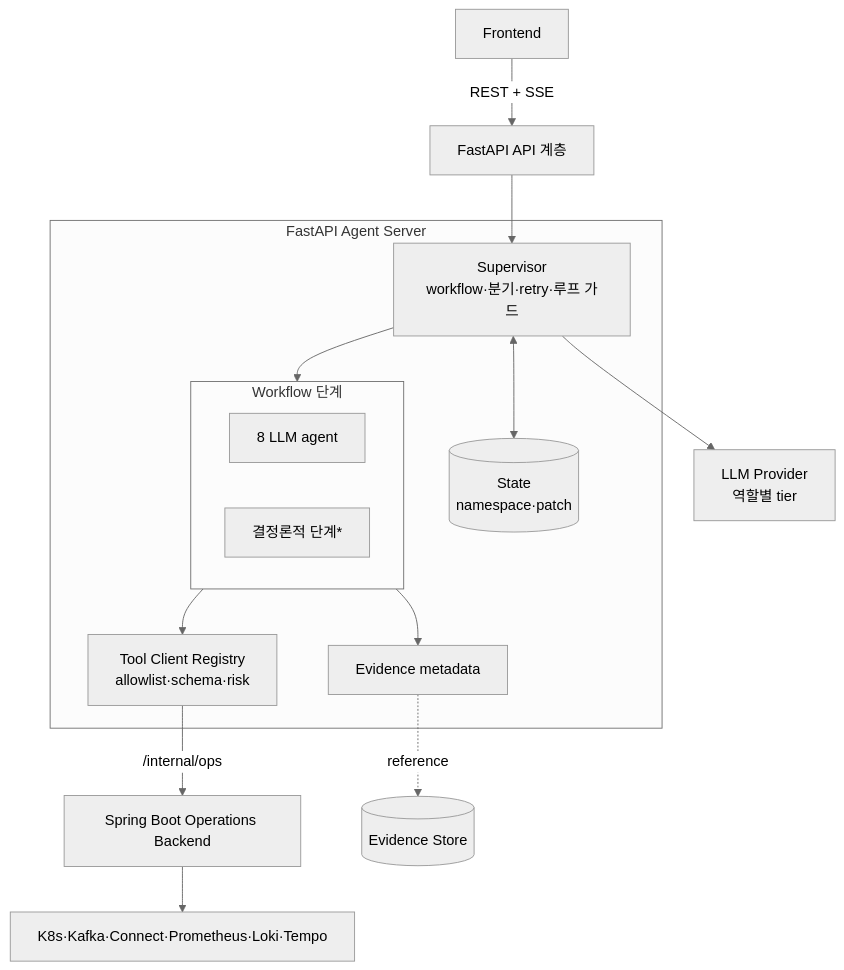
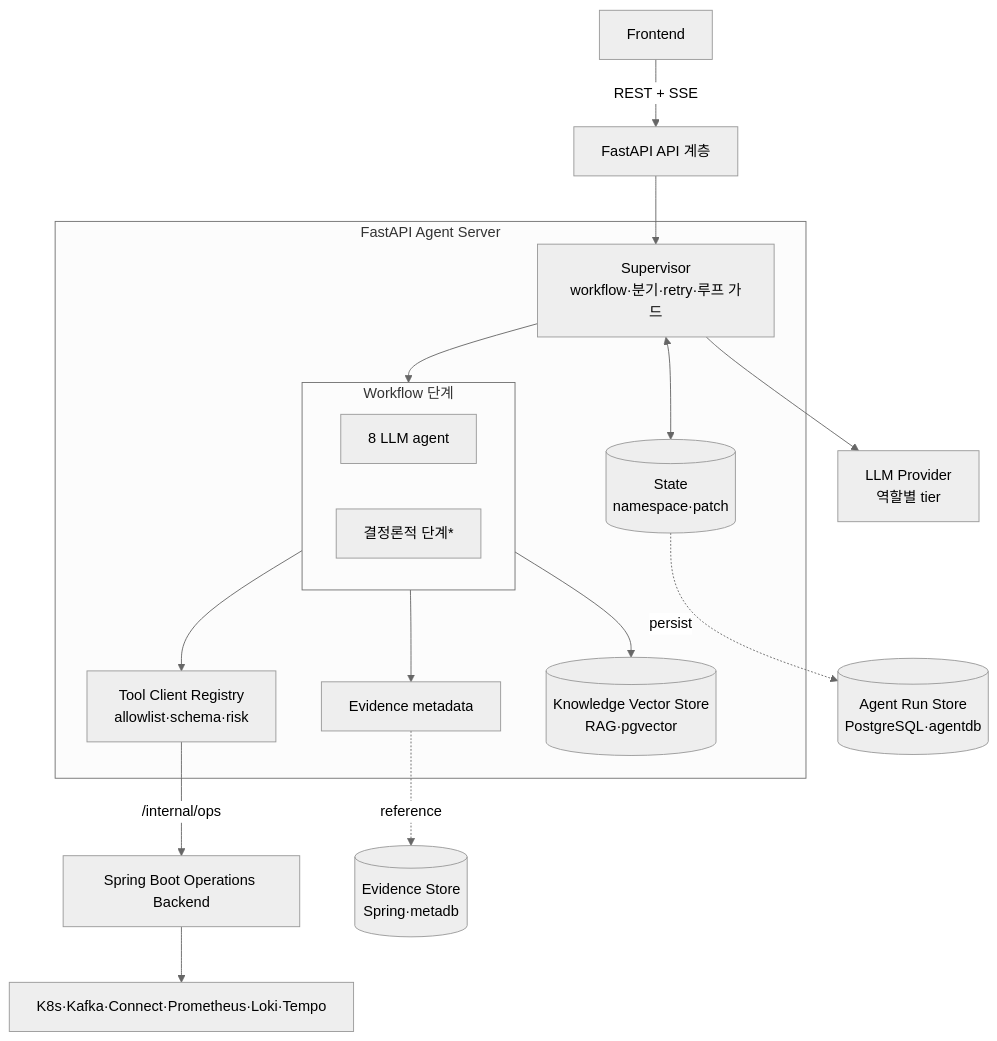
One commit to cloud-team2/bifrost changed the first of 5 diagrams in docs/design/backend-fastapi.md. Above: the diagram before and after it, drawn with Mermaid (neutral theme). The commit also changed other lines of this file and 2 other files, not shown here.

Commit message:
#36 [docs] FastAPI 영속성 데이터모델 추가(Agent Run Store + RAG 벡터 스토어)

````diff
--- a/docs/design/backend-fastapi.md
+++ b/docs/design/backend-fastapi.md
@@ -11,22 +11,24 @@
 ```mermaid
 flowchart TB
     FE[Frontend] -->|REST + SSE| API[FastAPI API 계층]
     API --> SUP
 
     subgraph AGENT[FastAPI Agent Server]
       SUP[Supervisor<br/>workflow·분기·retry·루프 가드] --> WF
       subgraph WF[Workflow 단계]
         direction LR
         L[8 LLM agent]
         D[결정론적 단계*]
       end
       SUP <--> ST[(State<br/>namespace·patch)]
       WF --> REG[Tool Client Registry<br/>allowlist·schema·risk]
       WF --> EV[Evidence metadata]
+      WF --> VEC[(Knowledge Vector Store<br/>RAG·pgvector)]
     end
 
     REG -->|/internal/ops| SB[Spring Boot Operations Backend]
     SB --> RT[K8s·Kafka·Connect·Prometheus·Loki·Tempo]
-    EV -. reference .-> ES[(Evidence Store)]
+    EV -. reference .-> ES[(Evidence Store<br/>Spring·metadb)]
+    ST -. persist .-> RUNDB[(Agent Run Store<br/>PostgreSQL·agentdb)]
     SUP --> LLM[LLM Provider<br/>역할별 tier]
 ```
````
